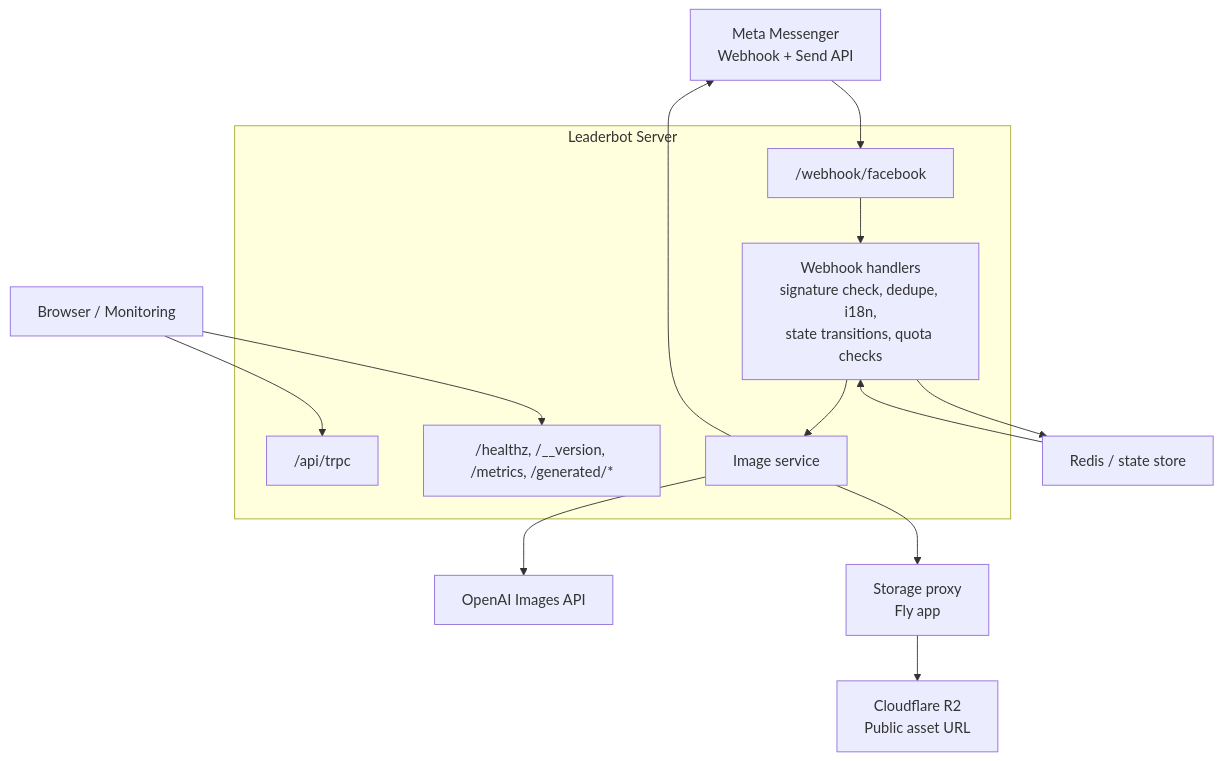
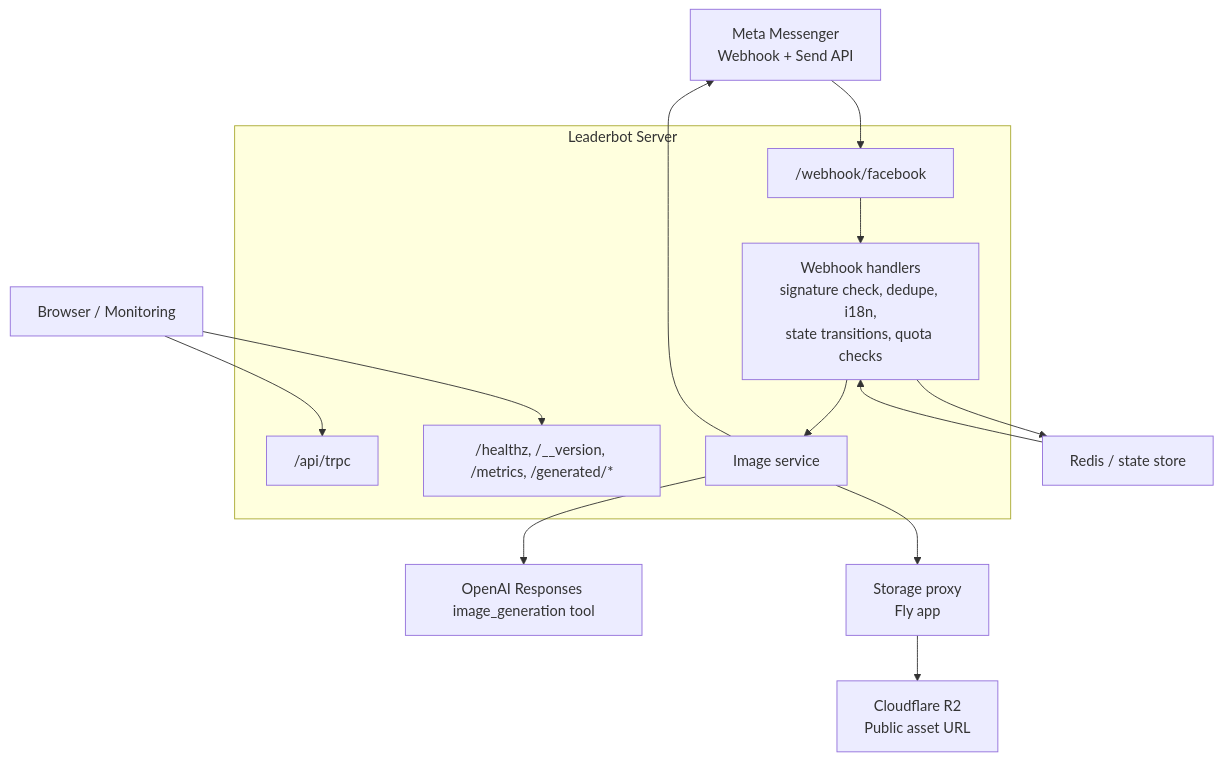
Before and after one commit to Dj-Shortcut/openclaw-facebook: the diagram in apps/image-gen/docs/architecture.md, drawn with Mermaid. The commit also changed other lines of this file and 16 other files, not shown here.

Commit message:
imagen integration migration from old images to actual open ai responses flow

````diff
--- a/apps/image-gen/docs/architecture.md
+++ b/apps/image-gen/docs/architecture.md
@@ -81,31 +81,31 @@
 ```mermaid
 flowchart TD
     mm["Meta Messenger<br/>Webhook + Send API"]
     ua["Browser / Monitoring"]
 
     subgraph lb["Leaderbot Server"]
         wh["/webhook/facebook"]
         trpc["/api/trpc"]
         ops["/healthz, /__version, /metrics, /generated/*"]
         handlers["Webhook handlers<br/>signature check, dedupe, i18n,<br/>state transitions, quota checks"]
         img["Image service"]
     end
 
     redis["Redis / state store"]
-    openai["OpenAI Images API"]
+    openai["OpenAI Responses image_generation tool"]
     proxy["Storage proxy<br/>Fly app"]
     r2["Cloudflare R2<br/>Public asset URL"]
 
     mm --> wh
     wh --> handlers
     handlers --> img
     handlers --> redis
     redis --> handlers
     img --> openai
     img --> proxy
     proxy --> r2
     img --> mm
 
     ua --> trpc
     ua --> ops
 ```
````
